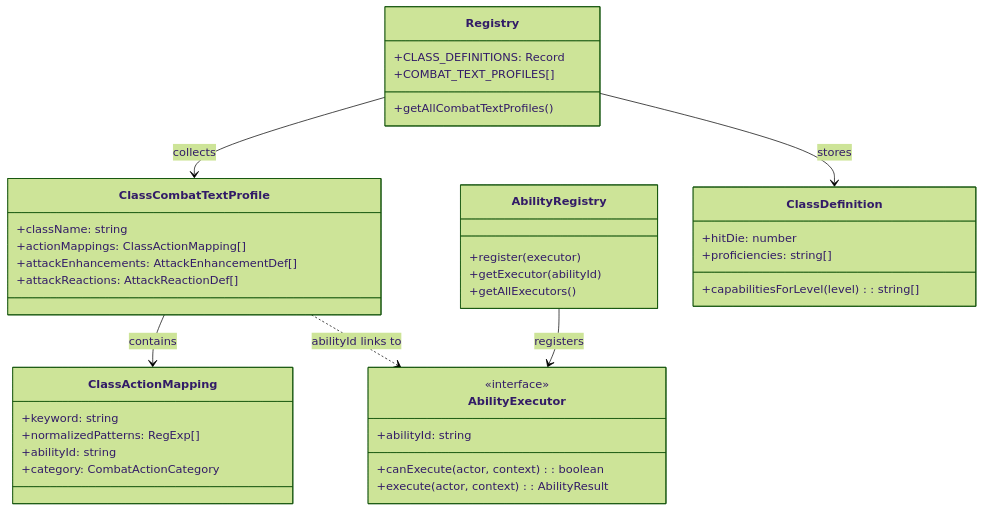
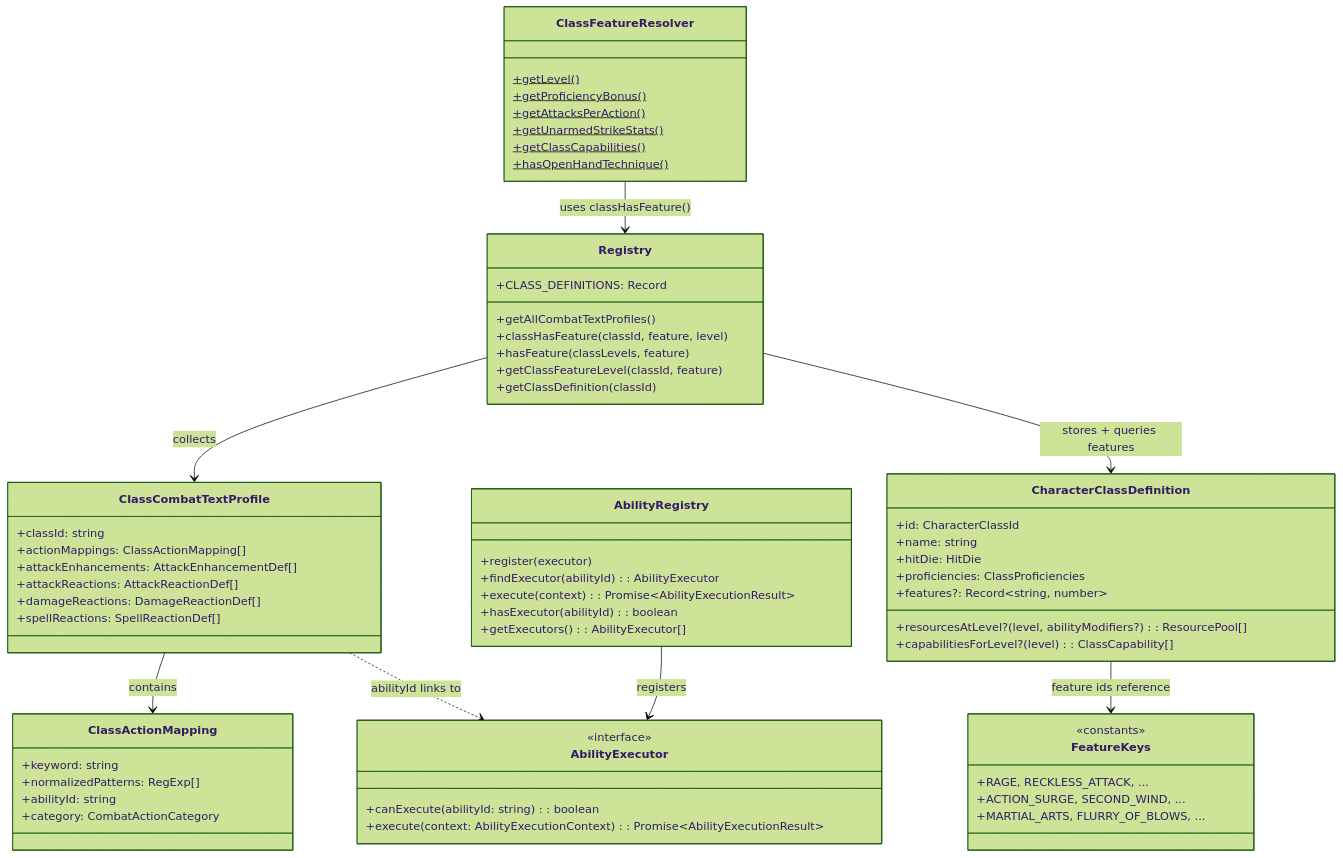
The diagram in .github/instructions/class-abilities.instructions.md (mweyamutsvene/DungeonMaster), drawn with Mermaid (forest theme) before and after one commit. The commit also changed other lines of this file, not shown here.

Commit message:
docs: update class-abilities instructions for new resourcesAtLevel signature

````diff
--- a/.github/instructions/class-abilities.instructions.md
+++ b/.github/instructions/class-abilities.instructions.md
@@ -13,42 +13,68 @@
 ```mermaid
 classDiagram
     class ClassCombatTextProfile {
-        +className: string
+        +classId: string
         +actionMappings: ClassActionMapping[]
         +attackEnhancements: AttackEnhancementDef[]
         +attackReactions: AttackReactionDef[]
+        +damageReactions: DamageReactionDef[]
+        +spellReactions: SpellReactionDef[]
     }
     class ClassActionMapping {
         +keyword: string
         +normalizedPatterns: RegExp[]
         +abilityId: string
         +category: CombatActionCategory
     }
     class AbilityExecutor {
         <<interface>>
-        +abilityId: string
-        +canExecute(actor, context): boolean
-        +execute(actor, context): AbilityResult
+        +canExecute(abilityId: string): boolean
+        +execute(context: AbilityExecutionContext): Promise~AbilityExecutionResult~
     }
     class AbilityRegistry {
         +register(executor)
-        +getExecutor(abilityId)
-        +getAllExecutors()
+        +findExecutor(abilityId): AbilityExecutor
+        +execute(context): Promise~AbilityExecutionResult~
+        +hasExecutor(abilityId): boolean
+        +getExecutors(): AbilityExecutor[]
     }
-    class ClassDefinition {
-        +hitDie: number
-        +proficiencies: string[]
-        +capabilitiesForLevel(level): string[]
+    class CharacterClassDefinition {
+        +id: CharacterClassId
+        +name: string
+        +hitDie: HitDie
+        +proficiencies: ClassProficiencies
+        +features?: Record~string, number~
+        +resourcesAtLevel?(level, abilityModifiers?): ResourcePool[]
+        +capabilitiesForLevel?(level): ClassCapability[]
     }
     class Registry {
         +CLASS_DEFINITIONS: Record
         +getAllCombatTextProfiles()
-        +COMBAT_TEXT_PROFILES[]
+        +classHasFeature(classId, feature, level)
+        +hasFeature(classLevels, feature)
+        +getClassFeatureLevel(classId, feature)
+        +getClassDefinition(classId)
+    }
+    class FeatureKeys {
+        <<constants>>
+        +RAGE, RECKLESS_ATTACK, ...
+        +ACTION_SURGE, SECOND_WIND, ...
+        +MARTIAL_ARTS, FLURRY_OF_BLOWS, ...
+    }
+    class ClassFeatureResolver {
+        +getLevel()$
+        +getProficiencyBonus()$
+        +getAttacksPerAction()$
+        +getUnarmedStrikeStats()$
+        +getClassCapabilities()$
+        +hasOpenHandTechnique()$
     }
 
     Registry --> ClassCombatTextProfile : collects
-    Registry --> ClassDefinition : stores
+    Registry --> CharacterClassDefinition : stores + queries features
+    CharacterClassDefinition --> FeatureKeys : feature ids reference
     ClassCombatTextProfile --> ClassActionMapping : contains
     AbilityRegistry --> AbilityExecutor : registers
     ClassCombatTextProfile ..> AbilityExecutor : abilityId links to
+    ClassFeatureResolver --> Registry : uses classHasFeature()
 ```
````
